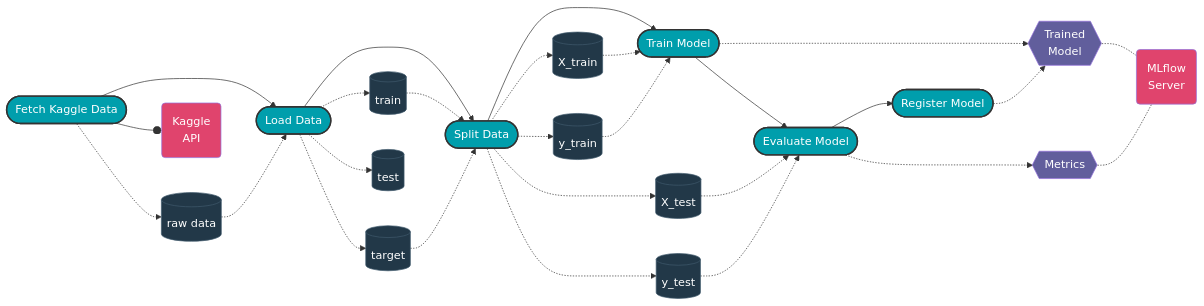
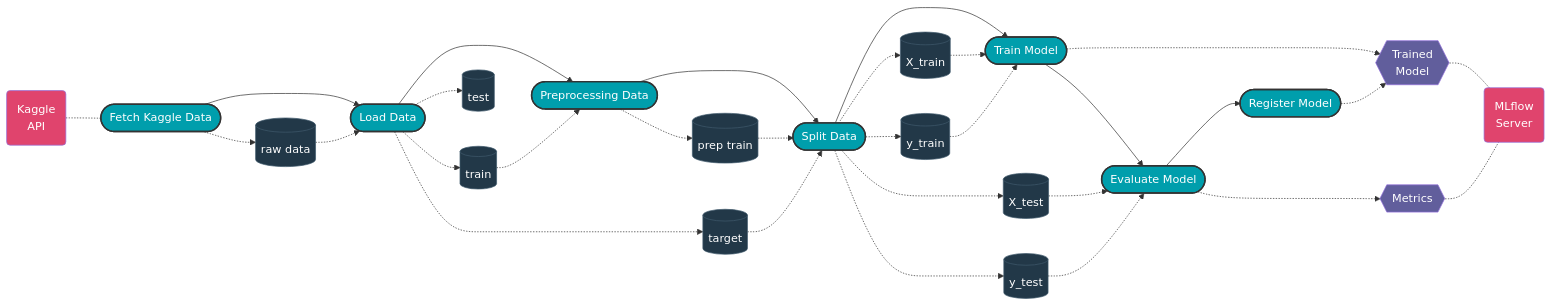
Before and after one commit to jordandelbar/titanic-kaggle: the first of 2 diagrams in README.md, drawn with Mermaid. The commit also changed other lines of this file and 34 other files, not shown here.

```diff
--- a/README.md
+++ b/README.md
@@ -17,6 +19,7 @@
 %% Flow definitions
 fetch_data_kaggle([Fetch Kaggle Data])
 loader([Load Data])
+preprocessor([Preprocessing Data])
 splitter([Split Data])
 trainer([Train Model])
 evaluator([Evaluate Model])
@@ -25,6 +28,7 @@
 %% Data definitions
 raw_data[(raw data)]
 train[(train)]
+train_preprocessed[(prep train)]
 target[(target)]
 test[(test)]
 X_train[(X_train)]
@@ -42,7 +46,8 @@
 
 %% Flow relationships
 fetch_data_kaggle --> loader
-loader --> splitter
+loader --> preprocessor
+preprocessor --> splitter
 splitter --> trainer
 trainer --> evaluator
 evaluator --> register
@@ -53,7 +58,9 @@
 loader .-> train
 loader .-> target
 loader .-> test
-train .-> splitter
+train .-> preprocessor
+preprocessor .-> train_preprocessed
+train_preprocessed .-> splitter
 target .-> splitter
 splitter .-> X_train
 splitter .-> X_test
@@ -69,9 +76,10 @@
 evaluator .-> metrics
 register .-> trained_model
 
+%% Server relationship
 trained_model -.- mlflow
 metrics -.- mlflow
-fetch_data_kaggle --o kaggle
+kaggle -.- fetch_data_kaggle
 
 %% Color definitions
 classDef step fill:#009EAC,stroke:#333,stroke-width:2px,color:#fff;
@@ -83,6 +91,7 @@
     %% Steps
     class fetch_data_kaggle step;
     class loader step;
+    class preprocessor step;
     class splitter step;
     class trainer step;
     class evaluator step;
@@ -91,6 +100,7 @@
     %% Data
     class raw_data data;
     class train data;
+    class train_preprocessed data;
     class target data;
     class test data;
     class X_train data;
```
